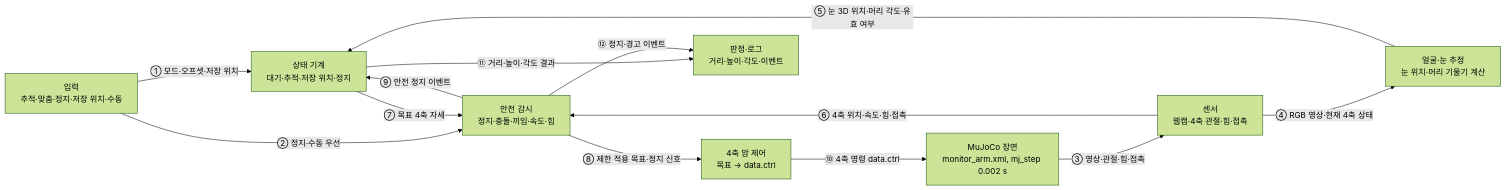
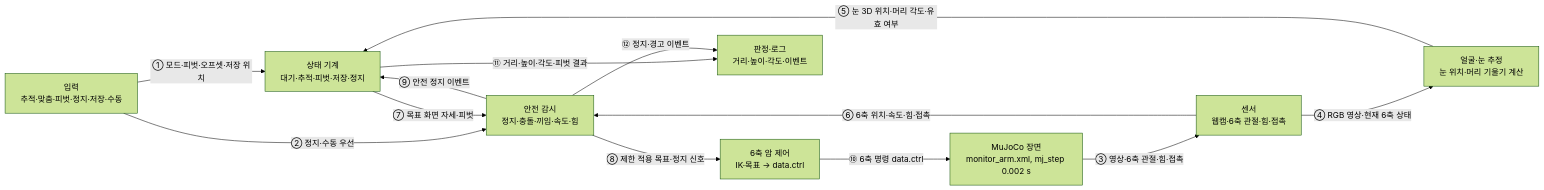
One commit to 0c9h1j5/monitor-arm-class-submission changed the diagram in docs/D06-architecture.md. Above: the diagram before and after it, drawn with Mermaid (forest theme). The commit also changed other lines of this file and 12 other files, not shown here.

````diff
--- a/docs/D06-architecture.md
+++ b/docs/D06-architecture.md
@@ -22,24 +22,24 @@
 ```mermaid
 flowchart LR
-  IN["입력<br/>추적·맞춤·정지·저장 위치·수동"]
+  IN["입력<br/>추적·맞춤·피벗·정지·저장·수동"]
   SIM["MuJoCo 장면<br/>monitor_arm.xml, mj_step 0.002 s"]
-  SEN["센서<br/>웹캠·4축 관절·힘·접촉"]
+  SEN["센서<br/>웹캠·6축 관절·힘·접촉"]
   EST["얼굴·눈 추정<br/>눈 위치·머리 기울기 계산"]
-  FSM["상태 기계<br/>대기·추적·저장 위치·정지"]
+  FSM["상태 기계<br/>대기·추적·피벗·저장·정지"]
   SAFE["안전 감시<br/>정지·충돌·끼임·속도·힘"]
-  CTRL["4축 암 제어<br/>목표 → data.ctrl"]
+  CTRL["6축 암 제어<br/>IK·목표 → data.ctrl"]
   LOG["판정·로그<br/>거리·높이·각도·이벤트"]
 
-  IN -- "① 모드·오프셋·저장 위치" --> FSM
+  IN -- "① 모드·피벗·오프셋·저장 위치" --> FSM
   IN -- "② 정지·수동 우선" --> SAFE
-  SIM -- "③ 영상·관절·힘·접촉" --> SEN
-  SEN -- "④ RGB 영상·현재 4축 상태" --> EST
+  SIM -- "③ 영상·6축 관절·힘·접촉" --> SEN
+  SEN -- "④ RGB 영상·현재 6축 상태" --> EST
   EST -- "⑤ 눈 3D 위치·머리 각도·유효 여부" --> FSM
-  SEN -- "⑥ 4축 위치·속도·힘·접촉" --> SAFE
-  FSM -- "⑦ 목표 4축 자세" --> SAFE
+  SEN -- "⑥ 6축 위치·속도·힘·접촉" --> SAFE
+  FSM -- "⑦ 목표 화면 자세·피벗" --> SAFE
   SAFE -- "⑧ 제한 적용 목표·정지 신호" --> CTRL
   SAFE -- "⑨ 안전 정지 이벤트" --> FSM
-  CTRL -- "⑩ 4축 명령 data.ctrl" --> SIM
-  FSM -- "⑪ 거리·높이·각도 결과" --> LOG
+  CTRL -- "⑩ 6축 명령 data.ctrl" --> SIM
+  FSM -- "⑪ 거리·높이·각도·피벗 결과" --> LOG
   SAFE -- "⑫ 정지·경고 이벤트" --> LOG
 ```
````
